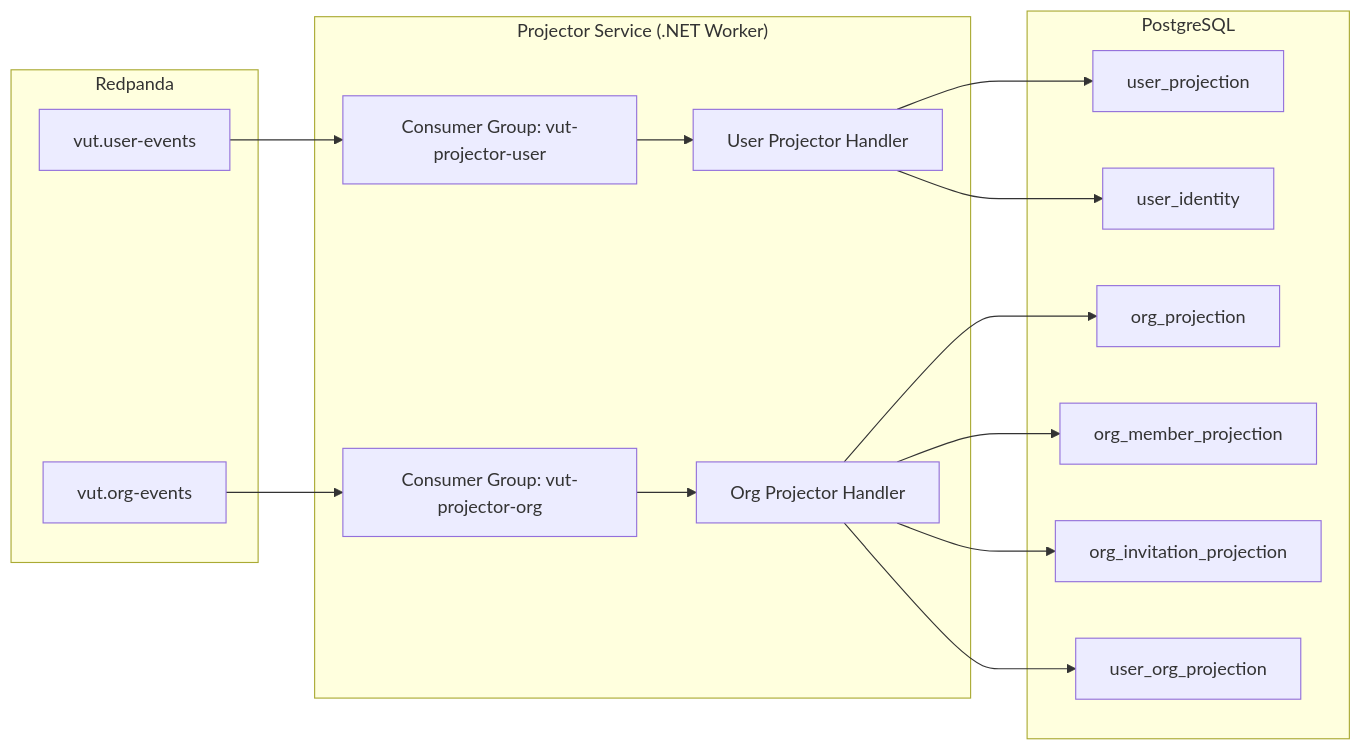
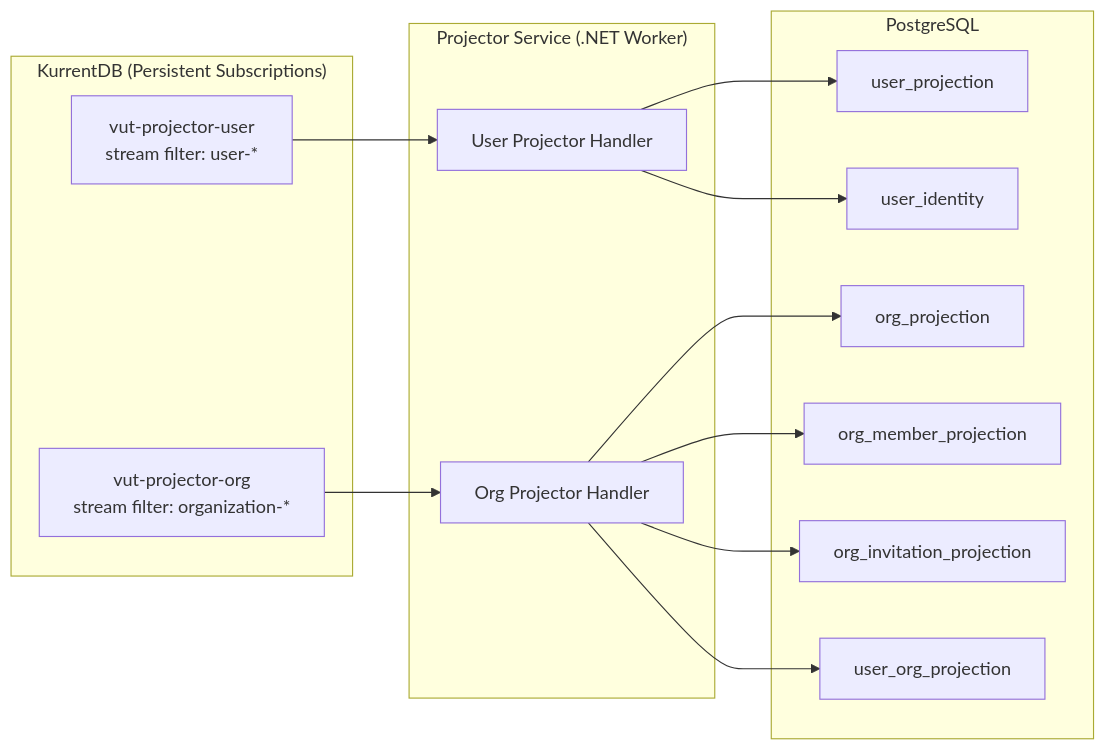
The sixth of 15 diagrams in epics/01-epic-first-signin-org/architecture/architecture.md (lekhasy/Vut), drawn with Mermaid before and after one commit. The commit also changed other lines of this file and 16 other files, not shown here.

Commit message:
Architecture change to projecting directly from kurrent db

````diff
--- a/epics/01-epic-first-signin-org/architecture/architecture.md
+++ b/epics/01-epic-first-signin-org/architecture/architecture.md
@@ -642,30 +645,28 @@
 ```mermaid
 graph LR
-    subgraph Redpanda
-        T1["vut.user-events"]
-        T2["vut.org-events"]
+    subgraph KurrentDB["KurrentDB (Persistent Subscriptions)"]
+        PS1["vut-projector-user<br/>stream filter: user-*"]
+        PS2["vut-projector-org<br/>stream filter: organization-*"]
     end
 
     subgraph ProjectorService["Projector Service (.NET Worker)"]
-        CG1["Consumer Group: vut-projector-user"]
-        CG2["Consumer Group: vut-projector-org"]
         PU["User Projector Handler"]
         PO["Org Projector Handler"]
     end
 
     subgraph PostgreSQL
         UP["user_projection"]
         UID["user_identity"]
         ORP["org_projection"]
         OMP["org_member_projection"]
         OIP["org_invitation_projection"]
         UOP["user_org_projection"]
     end
 
-    T1 --> CG1 --> PU --> UP
+    PS1 --> PU --> UP
     PU --> UID
-    T2 --> CG2 --> PO --> ORP
+    PS2 --> PO --> ORP
     PO --> OMP
     PO --> OIP
     PO --> UOP
 ```
````
